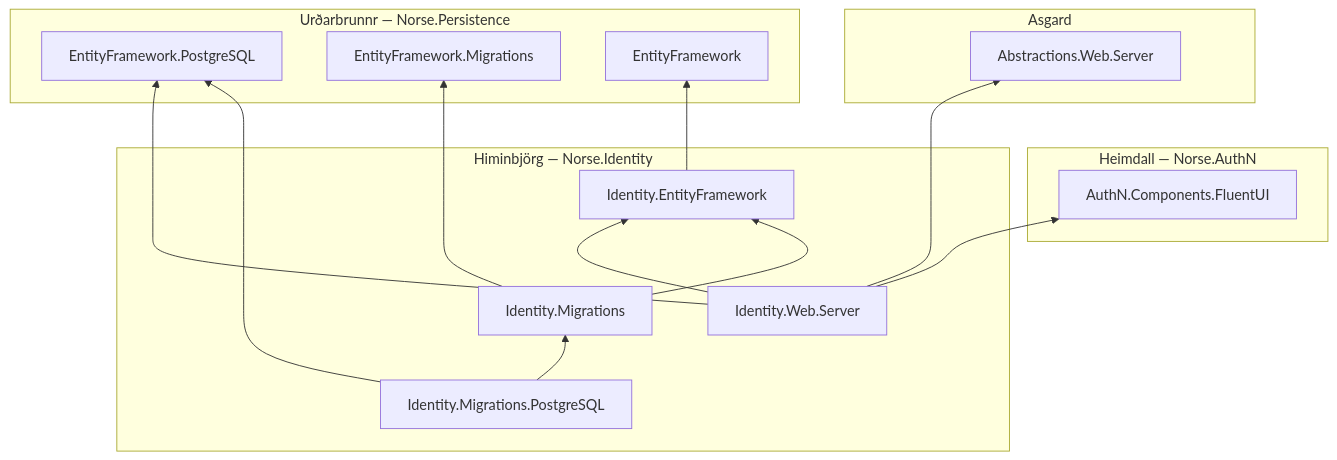
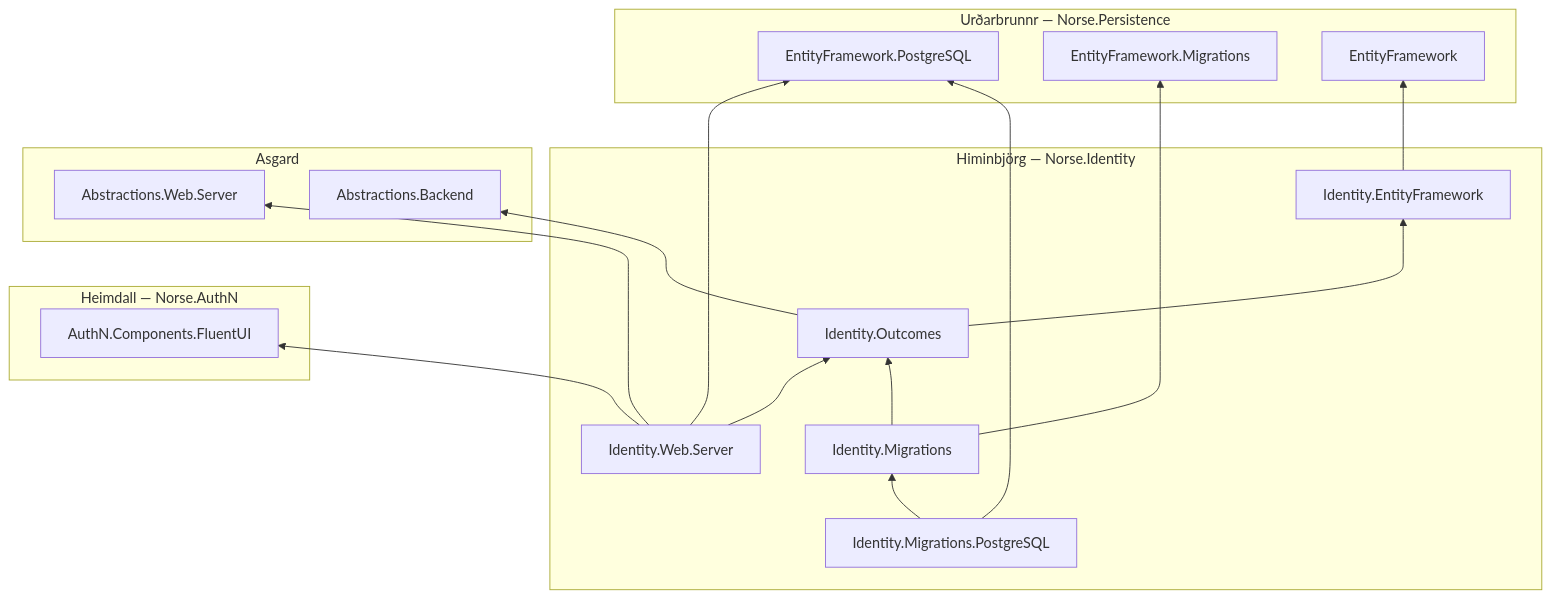
Before and after one commit to NorseArchitecture/Himinbjorg: the diagram in README.md, drawn with Mermaid. The commit also changed other lines of this file and 97 other files, not shown here.

````diff
--- a/README.md
+++ b/README.md
@@ -21,31 +23,35 @@
 ```mermaid
 flowchart BT
 	subgraph Himinbjorg["Himinbjörg — Norse.Identity"]
 		MigrationsPg["Identity.Migrations.PostgreSQL"]
 		Migrations["Identity.Migrations"]
 		WebServer["Identity.Web.Server"]
+		Outcomes["Identity.Outcomes"]
 		EntityFramework["Identity.EntityFramework"]
 	end
 	subgraph Heimdall["Heimdall — Norse.AuthN"]
 		FluentUI["AuthN.Components.FluentUI"]
 	end
 	subgraph Asgard
 		WebServerLaw["Abstractions.Web.Server"]
+		Backend["Abstractions.Backend"]
 	end
 	subgraph Urdarbrunnr["Urðarbrunnr — Norse.Persistence"]
 		EFPg["EntityFramework.PostgreSQL"]
 		EFMigrations["EntityFramework.Migrations"]
 		EF["EntityFramework"]
 	end
-	WebServer --> EntityFramework
+	WebServer --> Outcomes
 	WebServer --> FluentUI
 	WebServer --> WebServerLaw
 	WebServer --> EFPg
+	Outcomes --> EntityFramework
+	Outcomes --> Backend
 	EntityFramework --> EF
-	Migrations --> EntityFramework
+	Migrations --> Outcomes
 	Migrations --> EFMigrations
 	MigrationsPg --> Migrations
 	MigrationsPg --> EFPg
 	%% layout hint only, not a dependency — stacks Asgard above Heimdall in one column
 	FluentUI ~~~ WebServerLaw
 ```
````
